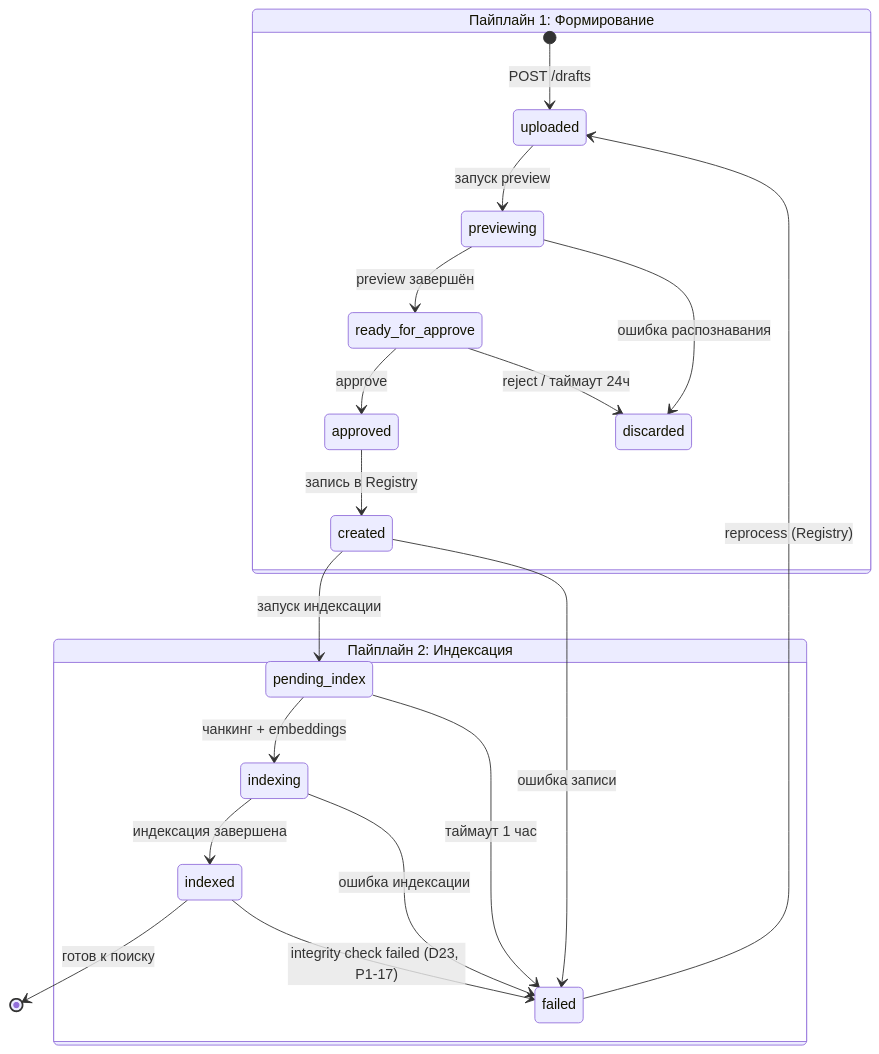
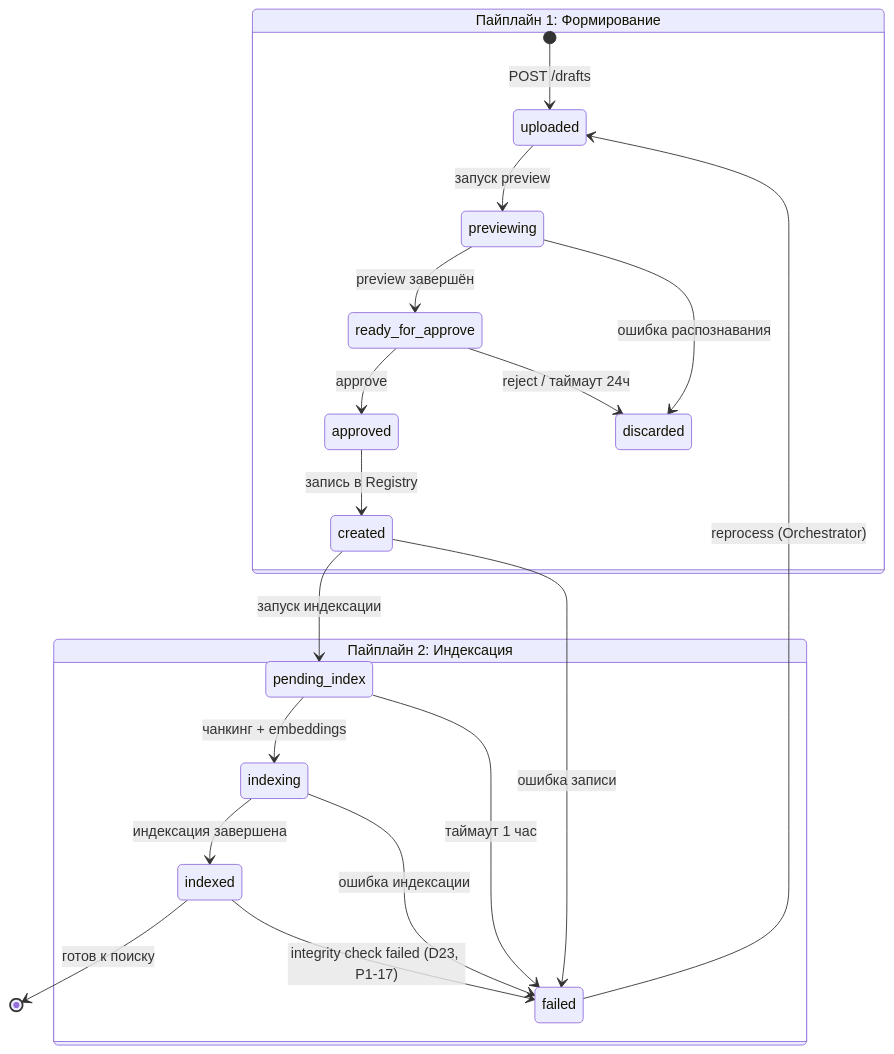
Before and after one commit to MasterKSAF/PKB: the third of 4 diagrams in docs/pipelines/overview.md, drawn with Mermaid. The commit also changed 9 other files, not shown here.

First line of the commit message:
fix: перенос reprocess из Registry в Orchestrator

````diff
--- a/docs/pipelines/overview.md
+++ b/docs/pipelines/overview.md
@@ -359,25 +359,25 @@
 ```mermaid
 stateDiagram-v2
     state "Пайплайн 1: Формирование" as P1 {
         [*] --> uploaded : POST /drafts
         uploaded --> previewing : запуск preview
         previewing --> ready_for_approve : preview завершён
         previewing --> discarded : ошибка распознавания
         ready_for_approve --> approved : approve
         ready_for_approve --> discarded : reject / таймаут 24ч
         approved --> created : запись в Registry
         created --> pending_index : запуск индексации
         created --> failed : ошибка записи
     }
 
     state "Пайплайн 2: Индексация" as P2 {
         pending_index --> indexing : чанкинг + embeddings
         indexing --> indexed : индексация завершена
         indexing --> failed : ошибка индексации
         pending_index --> failed : таймаут 1 час
     }
 
     indexed --> [*] : готов к поиску
     indexed --> failed : integrity check failed (D23, P1-17)
-    failed --> uploaded : reprocess (Registry)
+    failed --> uploaded : reprocess (Orchestrator)
 ```
````
